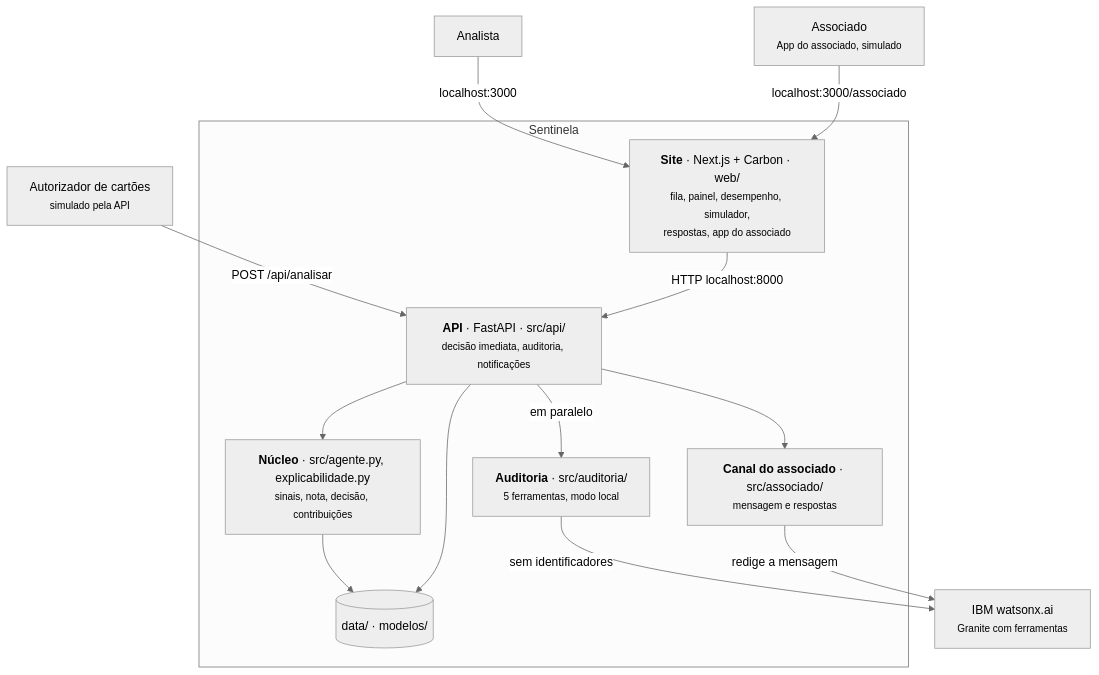
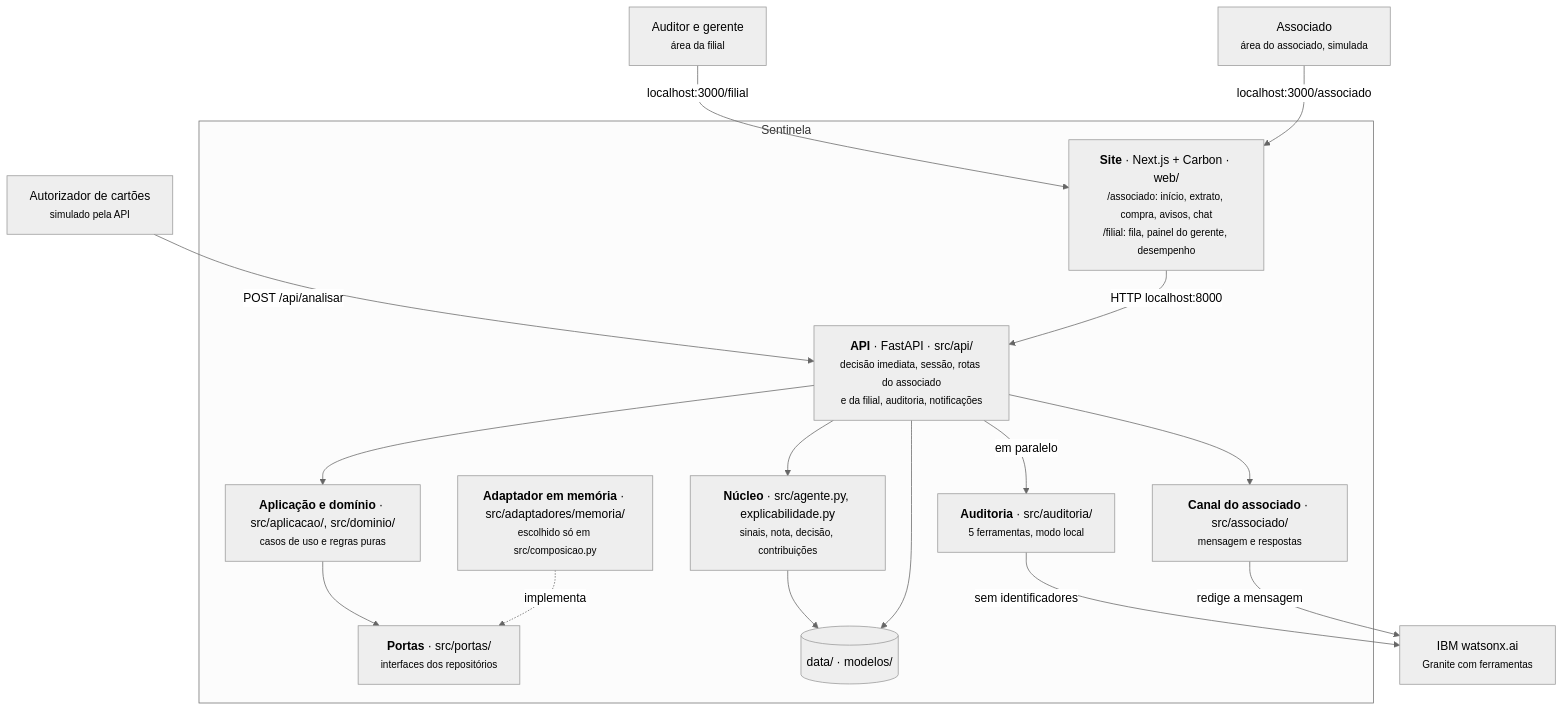
One commit to PedroMLegnaghi/Sentinela_IBM_SkillsBuildAILab_Sicredi_challenge changed the first of 2 diagrams in docs/arquitetura.md. Above: the diagram before and after it, drawn with Mermaid (neutral theme). The commit also changed other lines of this file and 1 other file, not shown here.

Commit message:
test: integra o site com a API e confere os roteiros (#134)
Closes #101

````diff
--- a/docs/arquitetura.md
+++ b/docs/arquitetura.md
@@ -9,29 +10,35 @@
 ```mermaid
 graph TB
-    ANA["Analista"]
-    ASS["Associado<br/><small>App do associado, simulado</small>"]
+    FIL["Auditor e gerente<br/><small>área da filial</small>"]
+    ASS["Associado<br/><small>área do associado, simulada</small>"]
     AUT["Autorizador de cartões<br/><small>simulado pela API</small>"]
 
     subgraph Sentinela["Sentinela"]
-        SITE["<b>Site</b> · Next.js + Carbon · web/<br/><small>fila, painel, desempenho, simulador,<br/>respostas, app do associado</small>"]
-        API["<b>API</b> · FastAPI · src/api/<br/><small>decisão imediata, auditoria, notificações</small>"]
+        SITE["<b>Site</b> · Next.js + Carbon · web/<br/><small>/associado: início, extrato, compra, avisos, chat<br/>/filial: fila, painel do gerente, desempenho</small>"]
+        API["<b>API</b> · FastAPI · src/api/<br/><small>decisão imediata, sessão, rotas do associado<br/>e da filial, auditoria, notificações</small>"]
+        APL["<b>Aplicação e domínio</b> · src/aplicacao/, src/dominio/<br/><small>casos de uso e regras puras</small>"]
+        POR["<b>Portas</b> · src/portas/<br/><small>interfaces dos repositórios</small>"]
+        MEM["<b>Adaptador em memória</b> · src/adaptadores/memoria/<br/><small>escolhido só em src/composicao.py</small>"]
         NUC["<b>Núcleo</b> · src/agente.py, explicabilidade.py<br/><small>sinais, nota, decisão, contribuições</small>"]
         AUD["<b>Auditoria</b> · src/auditoria/<br/><small>5 ferramentas, modo local</small>"]
         CAN["<b>Canal do associado</b> · src/associado/<br/><small>mensagem e respostas</small>"]
         ARQ[("data/ · modelos/")]
     end
 
     WX["IBM watsonx.ai<br/><small>Granite com ferramentas</small>"]
 
-    ANA -->|"localhost:3000"| SITE
+    FIL -->|"localhost:3000/filial"| SITE
     ASS -->|"localhost:3000/associado"| SITE
     AUT -->|"POST /api/analisar"| API
     SITE -->|"HTTP localhost:8000"| API
     API --> NUC
     API -->|"em paralelo"| AUD
     API --> CAN
+    API --> APL
+    APL --> POR
+    MEM -.->|"implementa"| POR
     AUD -->|"sem identificadores"| WX
     CAN -->|"redige a mensagem"| WX
     NUC --> ARQ
     API --> ARQ
 ```
````
